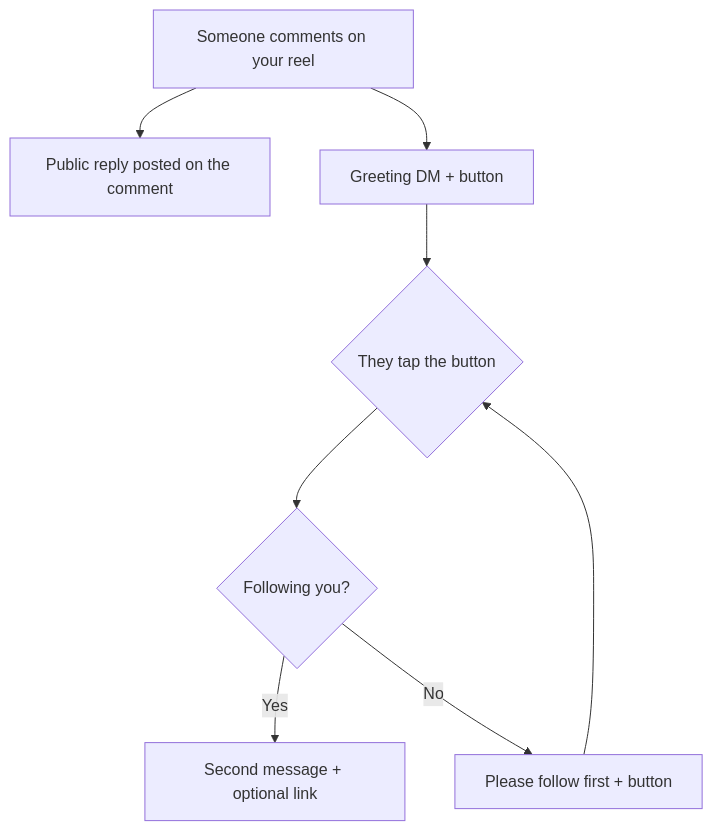
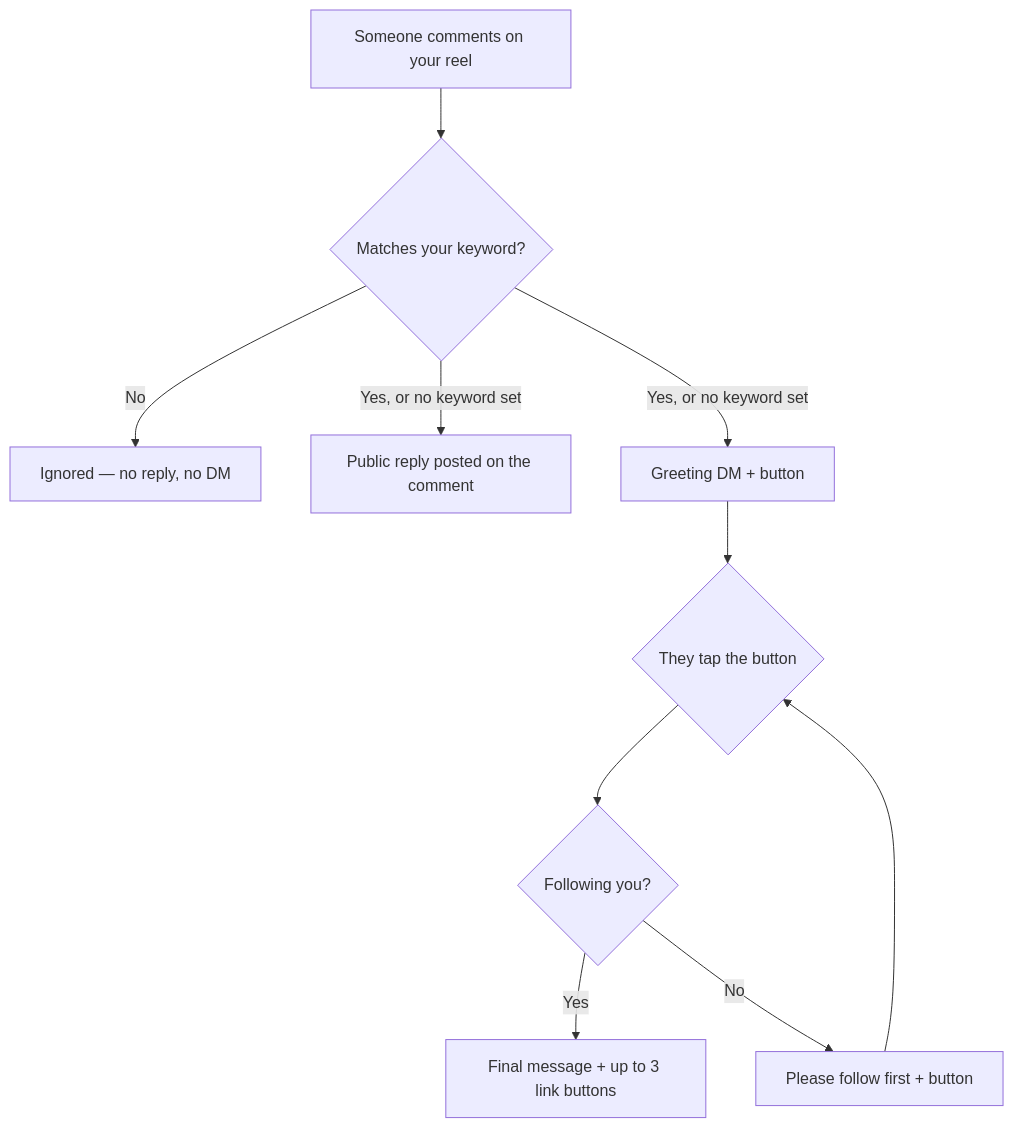
Before and after one commit to mukulkhanna12/instagram-autoflow: the diagram in README.md, drawn with Mermaid. The commit also changed other lines of this file and 2 other files, not shown here.

````diff
--- a/README.md
+++ b/README.md
@@ -11,10 +11,12 @@
 ```mermaid
 flowchart TD
-    A[Someone comments on your reel] --> B[Public reply posted on the comment]
-    A --> C[Greeting DM + button]
+    A[Someone comments on your reel] --> K{Matches your keyword?}
+    K -->|No| Z[Ignored — no reply, no DM]
+    K -->|Yes, or no keyword set| B[Public reply posted on the comment]
+    K -->|Yes, or no keyword set| C[Greeting DM + button]
     C --> D{They tap the button}
     D --> E{Following you?}
-    E -->|Yes| F[Second message + optional link]
+    E -->|Yes| F[Final message + up to 3 link buttons]
     E -->|No| G[Please follow first + button]
     G --> D
 ```
````
